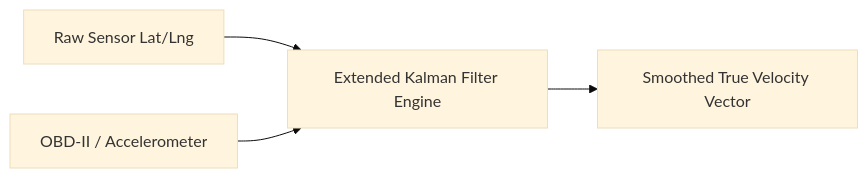
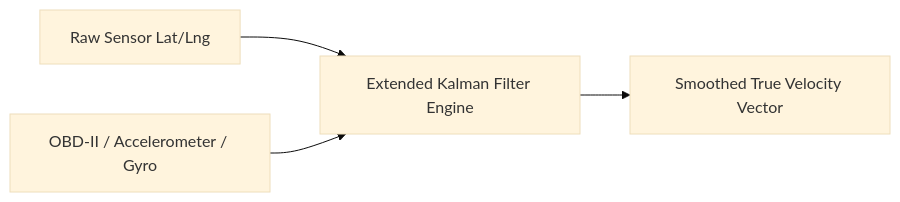
One commit to vesviet/vesviet changed the third of 3 diagrams in content/series/ride-hailing-realtime-architecture/part-1-location-ingestion.md. Above: the diagram before and after it, drawn with Mermaid (base theme). The commit also changed other lines of this file and 8 other files, not shown here.

````diff
--- a/content/series/ride-hailing-realtime-architecture/part-1-location-ingestion.md
+++ b/content/series/ride-hailing-realtime-architecture/part-1-location-ingestion.md
@@ -147,6 +156,6 @@
 ```mermaid
 flowchart LR
     GPS["Raw Sensor Lat/Lng"] --> EKF[Extended Kalman Filter Engine]
-    Speed["OBD-II / Accelerometer"] --> EKF
+    Speed["OBD-II / Accelerometer / Gyro"] --> EKF
     EKF --> Corrected[Smoothed True Velocity Vector]
 ```
````
